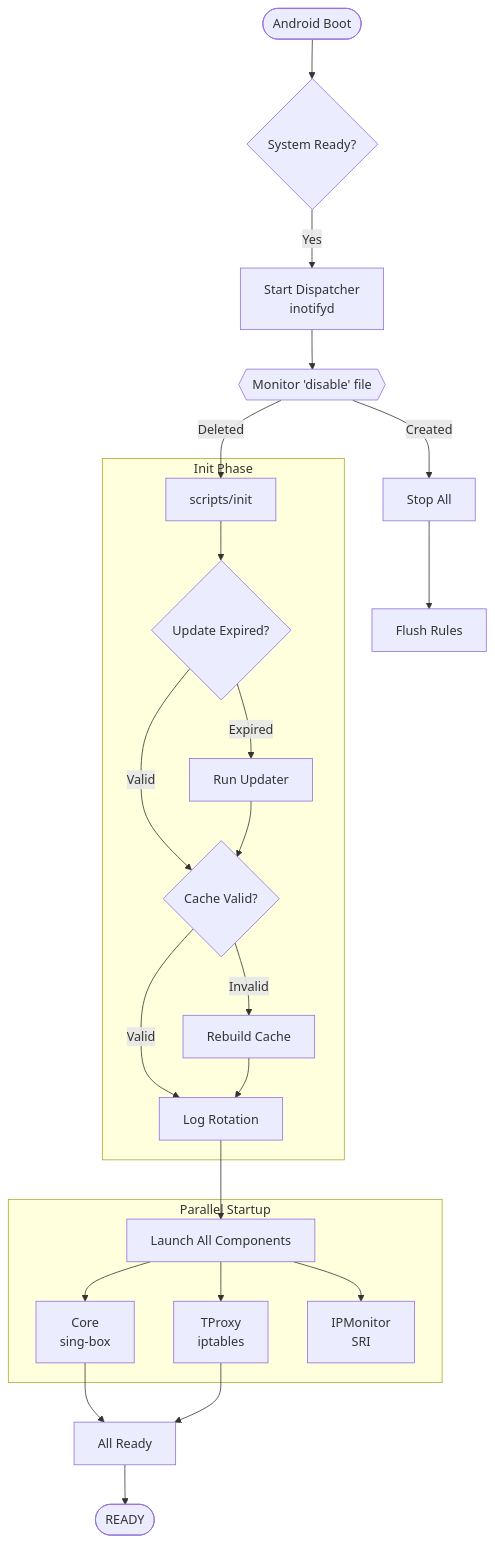
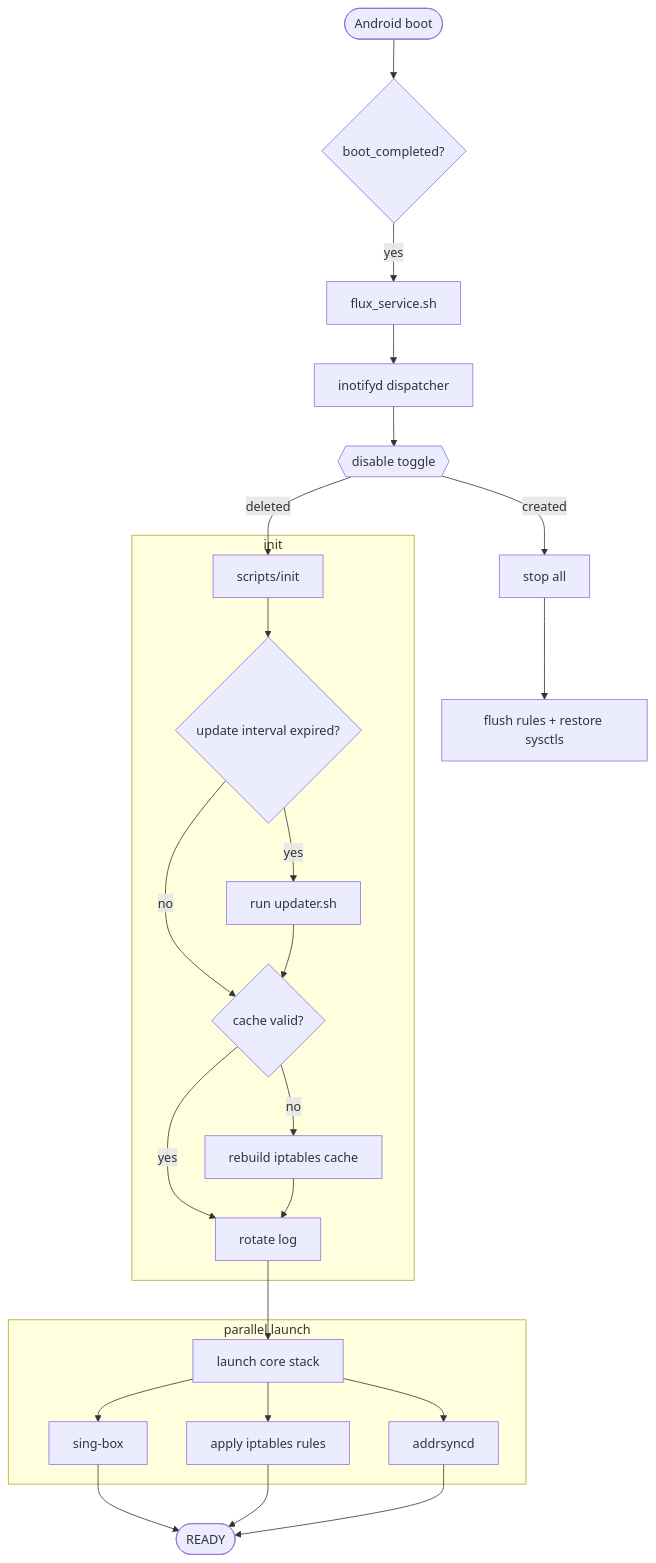
The first of 2 diagrams in README.md (Shallowhave/Flux), drawn with Mermaid before and after one commit. The commit also changed other lines of this file and 1 other file, not shown here.

````diff
--- a/README.md
+++ b/README.md
@@ -74,33 +52,32 @@
 ```mermaid
 graph TD
-    Boot([Android Boot]) --> Wait{System Ready?}
-    Wait -->|Yes| Dispatcher[Start Dispatcher<br/>inotifyd]
+    Boot([Android boot]) --> Wait{boot_completed?}
+    Wait -->|yes| Service[flux_service.sh]
+    Service --> Inotify[inotifyd dispatcher]
 
-    Dispatcher --> Watch{{Monitor 'disable' file}}
+    Inotify --> Disable{{disable toggle}}
+    Disable -- deleted --> Init[scripts/init]
 
-    Watch -- "Deleted" --> Init
-
-    subgraph InitPhase ["Init Phase"]
-        Init[scripts/init] --> Check1{Update Expired?}
-        Check1 -->|Expired| Update[Run Updater]
-        Check1 -->|Valid| Check2
-        Update --> Check2{Cache Valid?}
-        Check2 -->|Invalid| Rebuild[Rebuild Cache]
-        Check2 -->|Valid| LogRot[Log Rotation]
-        Rebuild --> LogRot
+    subgraph InitPhase ["init"]
+        Init --> Updater{update interval expired?}
+        Updater -->|yes| Run[run updater.sh]
+        Updater -->|no| Cache
+        Run --> Cache{cache valid?}
+        Cache -->|no| Rebuild[rebuild iptables cache]
+        Cache -->|yes| Rotate[rotate log]
+        Rebuild --> Rotate
     end
 
-    LogRot --> Launch["Launch All Components"]
+    Rotate --> Launch[launch core stack]
 
-    subgraph Components ["Parallel Startup"]
-        Launch --> Core[Core<br/>sing-box]
-        Launch --> TProxy[TProxy<br/>iptables]
-        Launch --> Monitor[IPMonitor<br/>SRI]
+    subgraph Stack ["parallel launch"]
+        Launch --> Core[sing-box]
+        Launch --> Tproxy[apply iptables rules]
+        Launch --> Addrsyncd[addrsyncd]
     end
 
-    Core & TProxy --> Ready
-    Ready[All Ready] --> Final([READY])
+    Core & Tproxy & Addrsyncd --> Ready([READY])
 
-    Watch -- "Created" --> Stop[Stop All]
-    Stop --> Cleanup[Flush Rules]
+    Disable -- created --> Stop[stop all]
+    Stop --> Cleanup[flush rules + restore sysctls]
 ```
````
